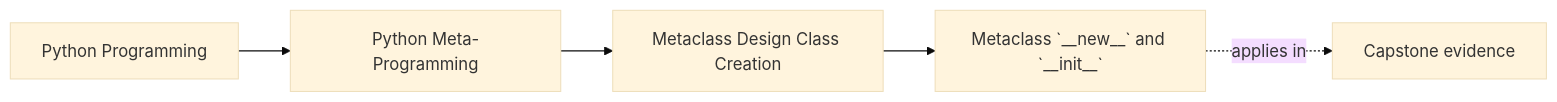
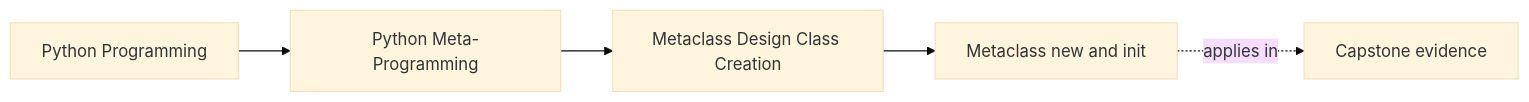
Before and after one commit to bijux/bijux-masterclass: the first of 2 diagrams in programs/python-programming/python-meta-programming/course-book/module-09-metaclass-design-class-creation/metaclass-new-and-init.md, drawn with Mermaid (base theme). The commit also changed other lines of this file, not shown here.

````diff
--- a/programs/python-programming/python-meta-programming/course-book/module-09-metaclass-design-class-creation/metaclass-new-and-init.md
+++ b/programs/python-programming/python-meta-programming/course-book/module-09-metaclass-design-class-creation/metaclass-new-and-init.md
@@ -7,11 +6,11 @@
 ```mermaid
 graph LR
   family["Python Programming"]
   program["Python Meta-Programming"]
   section["Metaclass Design Class Creation"]
-  page["Metaclass `__new__` and `__init__`"]
+  page["Metaclass new and init"]
   capstone["Capstone evidence"]
 
   family --> program --> section --> page
   page -.applies in.-> capstone
 ```
````
